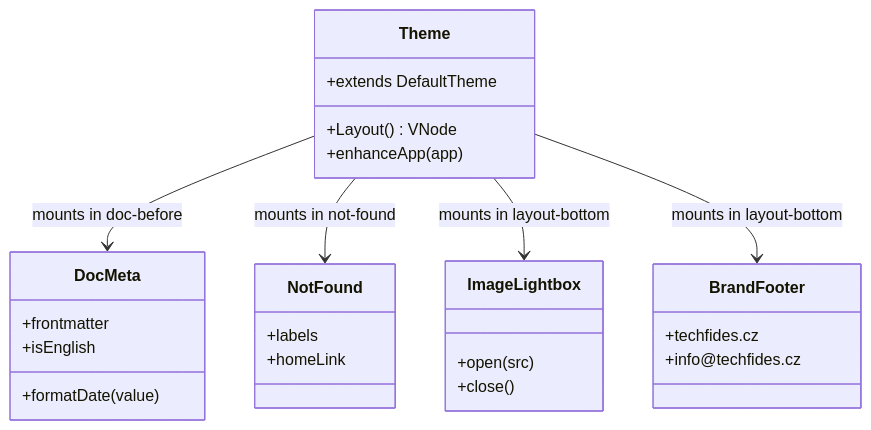
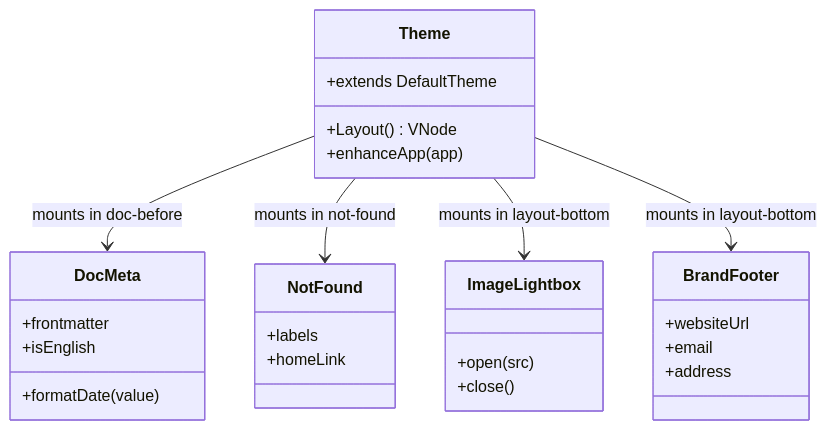
The third of 3 diagrams in playground/docs/v1/components/004-diagrams.md (TechFides/tf-doc-vault), drawn with Mermaid before and after one commit. The commit also changed 25 other files, not shown here.

````diff
--- a/playground/docs/v1/components/004-diagrams.md
+++ b/playground/docs/v1/components/004-diagrams.md
@@ -46,34 +46,35 @@
 ```mermaid
 classDiagram
     class Theme {
         +extends DefaultTheme
         +Layout() VNode
         +enhanceApp(app)
     }
 
     class DocMeta {
         +frontmatter
         +isEnglish
         +formatDate(value)
     }
 
     class NotFound {
         +labels
         +homeLink
     }
 
     class ImageLightbox {
         +open(src)
         +close()
     }
 
     class BrandFooter {
-        +techfides.cz
-        +info@techfides.cz
+        +websiteUrl
+        +email
+        +address
     }
 
     Theme --> DocMeta : mounts in doc-before
     Theme --> NotFound : mounts in not-found
     Theme --> ImageLightbox : mounts in layout-bottom
     Theme --> BrandFooter : mounts in layout-bottom
 ```
````
